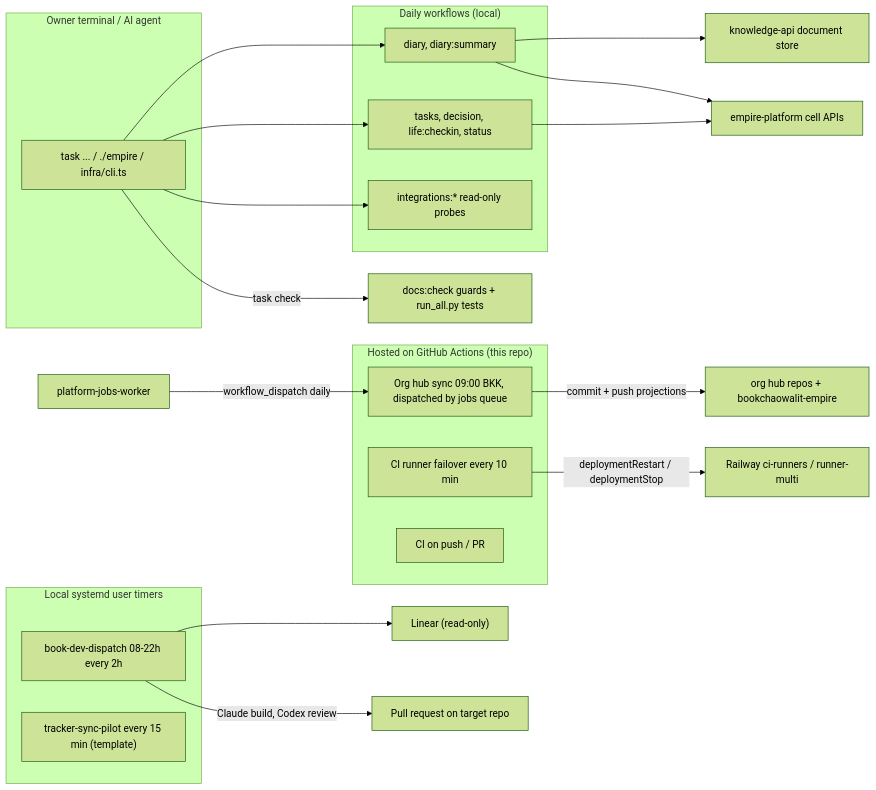
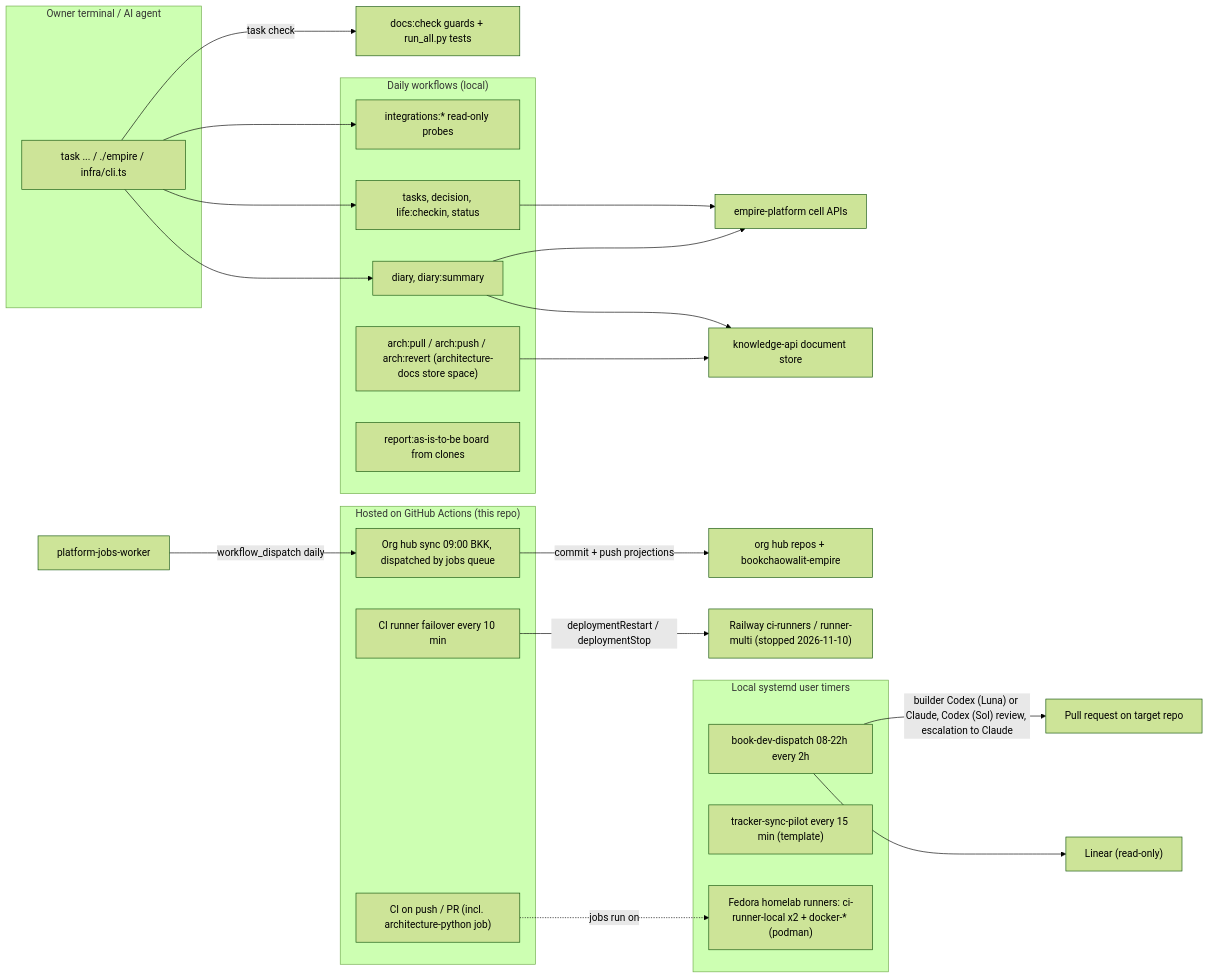
Before and after one commit to bookchaowalit/platform-ops-cli: the first of 2 diagrams in docs/diagrams/01-business-process.md, drawn with Mermaid (forest theme). The commit also changed other lines of this file, not shown here.

Commit message:
docs: As-Is/To-Be gap table and review line (01-business-process)

````diff
--- a/docs/diagrams/01-business-process.md
+++ b/docs/diagrams/01-business-process.md
@@ -10,38 +10,43 @@
 ```mermaid
 flowchart LR
   subgraph Owner["Owner terminal / AI agent"]
     T["task ... / ./empire / infra/cli.ts"]
   end
   subgraph Daily["Daily workflows (local)"]
     D1["diary, diary:summary"]
     D2["tasks, decision, life:checkin, status"]
     D3["integrations:* read-only probes"]
+    D4["arch:pull / arch:push / arch:revert (architecture-docs store space)"]
+    D5["report:as-is-to-be board from clones"]
   end
   subgraph Hosted["Hosted on GitHub Actions (this repo)"]
     H1["Org hub sync 09:00 BKK, dispatched by jobs queue"]
     H2["CI runner failover every 10 min"]
-    H3["CI on push / PR"]
+    H3["CI on push / PR (incl. architecture-python job)"]
   end
   subgraph Timers["Local systemd user timers"]
     L1["book-dev-dispatch 08-22h every 2h"]
     L2["tracker-sync-pilot every 15 min (template)"]
+    L3["Fedora homelab runners: ci-runner-local x2 + docker-* (podman)"]
   end
   Cells["empire-platform cell APIs"]
   KS["knowledge-api document store"]
   Hubs["org hub repos + bookchaowalit-empire"]
   JW["platform-jobs-worker"]
-  Rail["Railway ci-runners / runner-multi"]
+  Rail["Railway ci-runners / runner-multi (stopped 2026-11-10)"]
   Lin["Linear (read-only)"]
   PR["Pull request on target repo"]
 
   T --> D1 & D2 & D3
   D1 --> KS
+  D4 --> KS
   D1 --> Cells
   D2 --> Cells
   JW -->|"workflow_dispatch daily"| H1
   H1 -->|"commit + push projections"| Hubs
   H2 -->|"deploymentRestart / deploymentStop"| Rail
   L1 --> Lin
-  L1 -->|"Claude build, Codex review"| PR
+  L1 -->|"builder Codex (Luna) or Claude, Codex (Sol) review, escalation to Claude"| PR
+  H3 -.->|"jobs run on"| L3
   T -->|"task check"| Ev["docs:check guards + run_all.py tests"]
 ```
````
